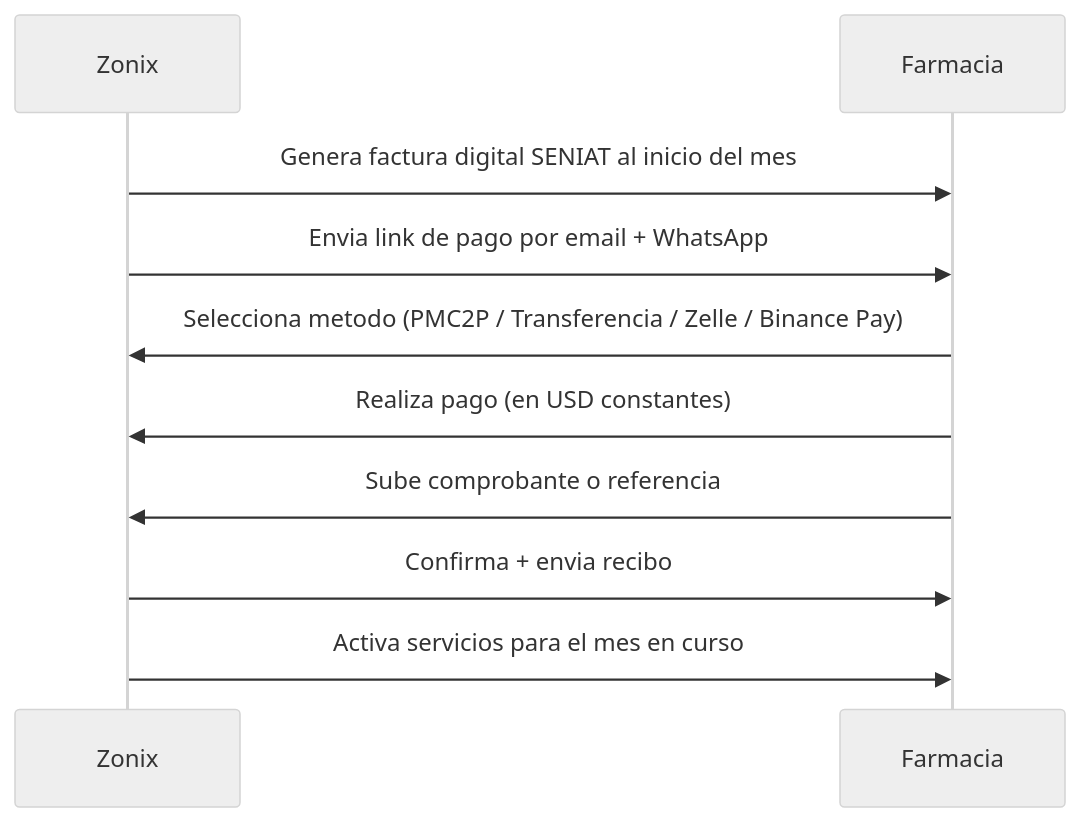
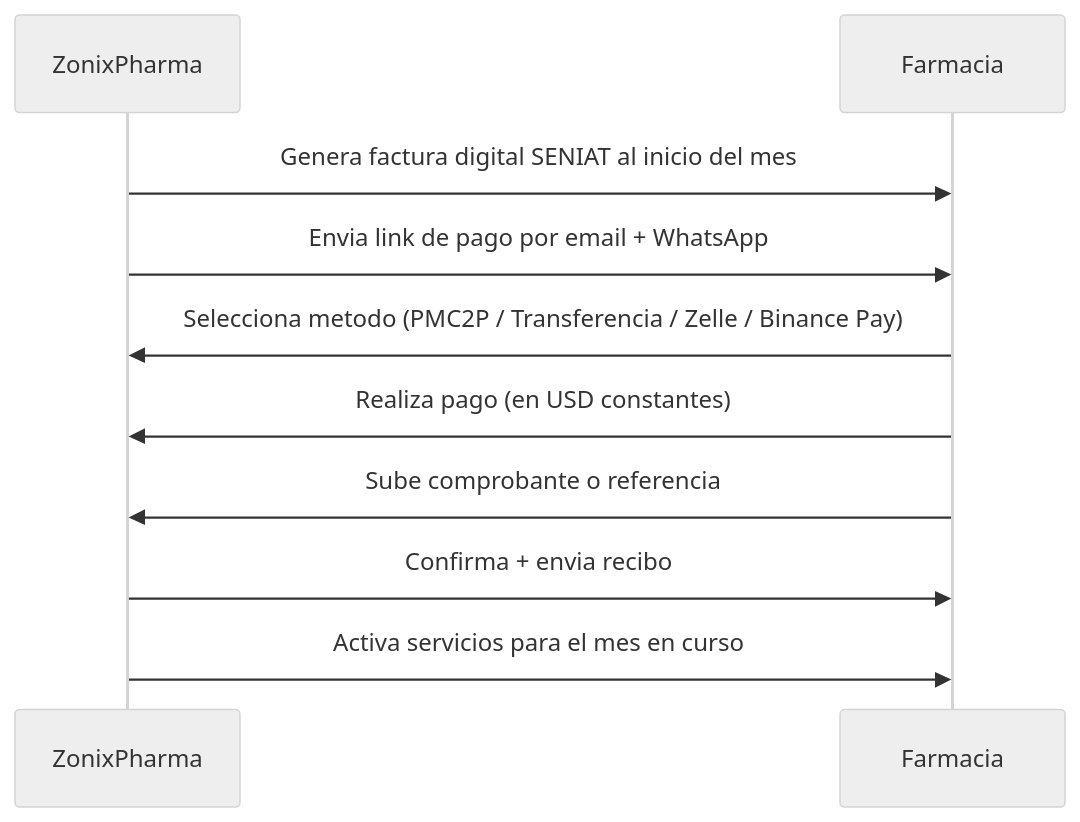
One commit to Abrahan-Eagle/ZonixPharma-Backend changed the second of 3 diagrams in docs/Lanzamiento/PLAN_METODOS_PAGO.md. Above: the diagram before and after it, drawn with Mermaid (neutral theme). The commit also changed other lines of this file and 13 other files, not shown here.

First line of the commit message:
docs(Lanzamiento): unificación marca Zonix Pharma en pack inversor

````diff
--- a/docs/Lanzamiento/PLAN_METODOS_PAGO.md
+++ b/docs/Lanzamiento/PLAN_METODOS_PAGO.md
@@ -70,12 +70,12 @@
 ```mermaid
 sequenceDiagram
-    participant Z as Zonix
+    participant Z as ZonixPharma
     participant F as Farmacia
     Z->>F: Genera factura digital SENIAT al inicio del mes
     Z->>F: Envia link de pago por email + WhatsApp
     F->>Z: Selecciona metodo (PMC2P / Transferencia / Zelle / Binance Pay)
     F->>Z: Realiza pago (en USD constantes)
     F->>Z: Sube comprobante o referencia
     Z->>F: Confirma + envia recibo
     Z->>F: Activa servicios para el mes en curso
 ```
````
